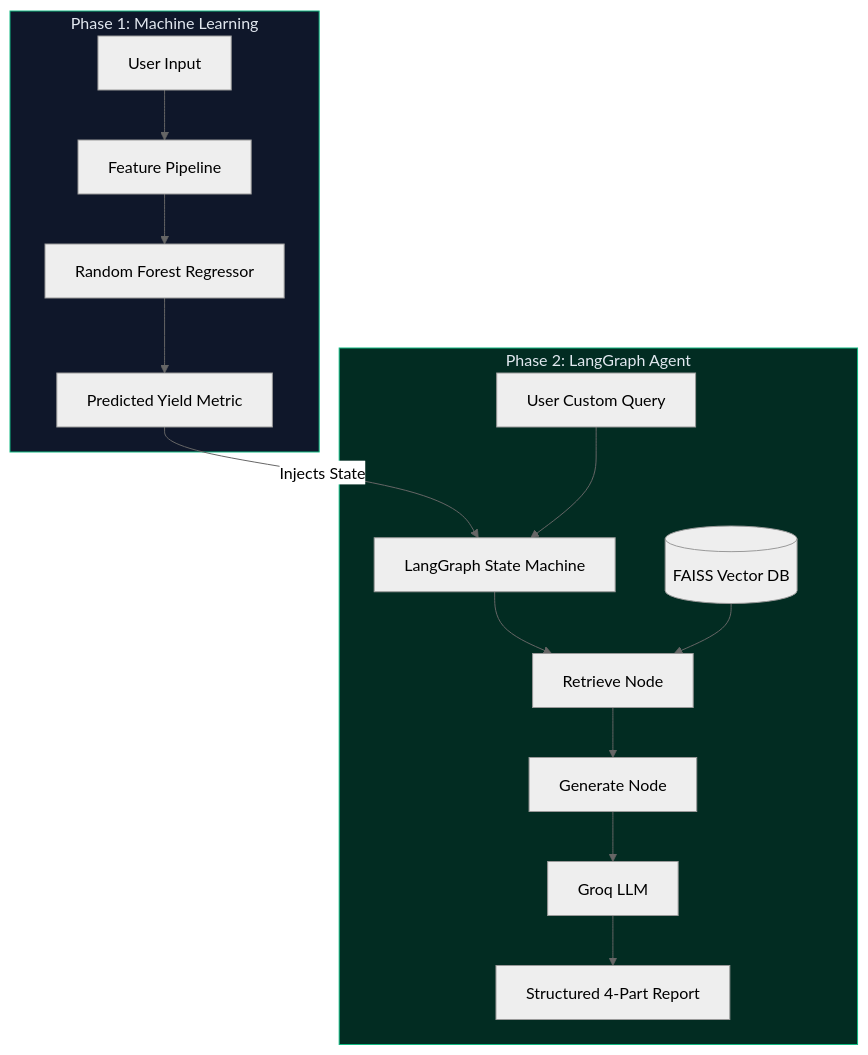
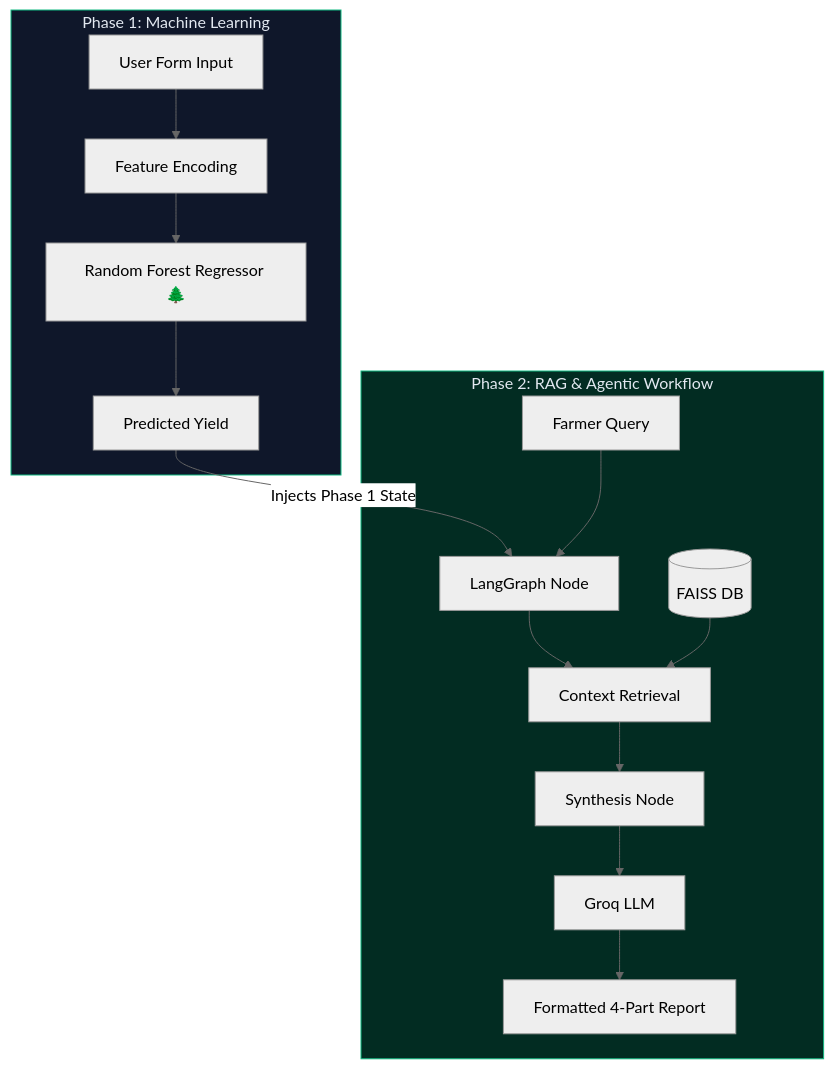
One commit to sushantguri/GEN_AI_Capston changed the diagram in README.md. Above: the diagram before and after it, drawn with Mermaid (neutral theme). The commit also changed other lines of this file, not shown here.

````diff
--- a/README.md
+++ b/README.md
@@ -54,24 +61,24 @@
 ```mermaid
 flowchart TB
     subgraph PHASE1["Phase 1: Machine Learning"]
-        A[User Input] --> B[Feature Pipeline]
-        B --> C["Random Forest Regressor"]
-        C --> D[Predicted Yield Metric]
+        A[User Form Input] --> B[Feature Encoding]
+        B --> C["Random Forest Regressor 🌲"]
+        C --> D[Predicted Yield]
     end
 
-    subgraph PHASE2["Phase 2: LangGraph Agent"]
-        D -->|Injects State| E[LangGraph State Machine]
-        F[User Custom Query] --> E
+    subgraph PHASE2["Phase 2: RAG & Agentic Workflow"]
+        D -->|Injects Phase 1 State| E[LangGraph Node]
+        F[Farmer Query] --> E
         
-        E --> G[Retrieve Node]
-        H[(FAISS Vector DB)] --> G
+        E --> G[Context Retrieval]
+        H[(FAISS DB)] --> G
         
-        G --> I[Generate Node]
+        G --> I[Synthesis Node]
         I --> J[Groq LLM]
         
-        J --> K[Structured 4-Part Report]
+        J --> K[Formatted 4-Part Report]
     end
 
     style PHASE1 fill:#0f172a,stroke:#10b981,color:#e2e8f0
     style PHASE2 fill:#022c22,stroke:#10b981,color:#e2e8f0
 ```
````
